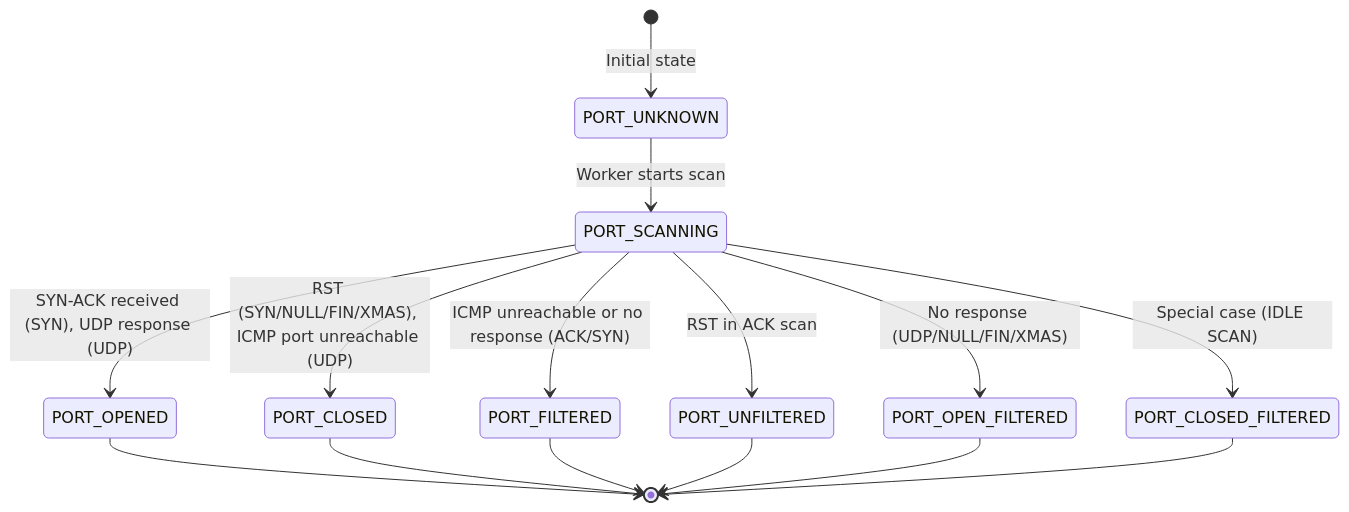
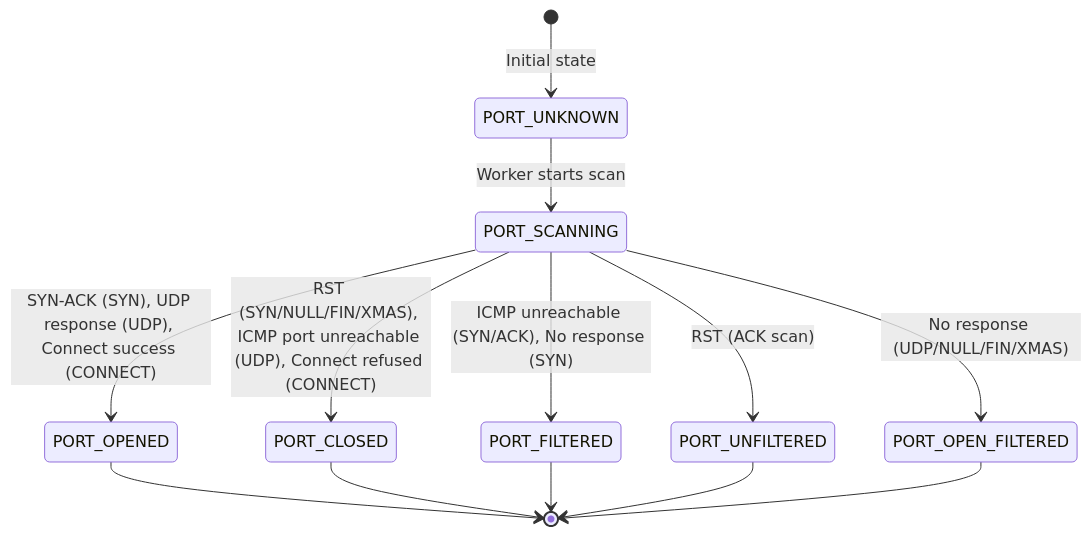
The fourth of 6 diagrams in nmap_architecture.md (Anvently/nmap), drawn with Mermaid before and after one commit. The commit also changed other lines of this file and 11 other files, not shown here.

````diff
--- a/nmap_architecture.md
+++ b/nmap_architecture.md
@@ -387,20 +436,18 @@
 ```mermaid
 stateDiagram-v2
     [*] --> PORT_UNKNOWN: Initial state
     
     PORT_UNKNOWN --> PORT_SCANNING: Worker starts scan
     
-    PORT_SCANNING --> PORT_OPENED: SYN-ACK received (SYN), UDP response (UDP)
-    PORT_SCANNING --> PORT_CLOSED: RST (SYN/NULL/FIN/XMAS), ICMP port unreachable (UDP)
-    PORT_SCANNING --> PORT_FILTERED: ICMP unreachable or no response (ACK/SYN) 
-    PORT_SCANNING --> PORT_UNFILTERED: RST in ACK scan
+    PORT_SCANNING --> PORT_OPENED: SYN-ACK (SYN), UDP response (UDP), Connect success (CONNECT)
+    PORT_SCANNING --> PORT_CLOSED: RST (SYN/NULL/FIN/XMAS), ICMP port unreachable (UDP), Connect refused (CONNECT)
+    PORT_SCANNING --> PORT_FILTERED: ICMP unreachable (SYN/ACK), No response (SYN)
+    PORT_SCANNING --> PORT_UNFILTERED: RST (ACK scan)
     PORT_SCANNING --> PORT_OPEN_FILTERED: No response (UDP/NULL/FIN/XMAS)
-    PORT_SCANNING --> PORT_CLOSED_FILTERED: Special case (IDLE SCAN)
     
     PORT_OPENED --> [*]
     PORT_CLOSED --> [*]
     PORT_FILTERED --> [*]
     PORT_UNFILTERED --> [*]
     PORT_OPEN_FILTERED --> [*]
-    PORT_CLOSED_FILTERED --> [*]
 ```
````
